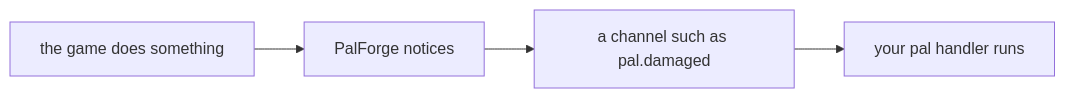
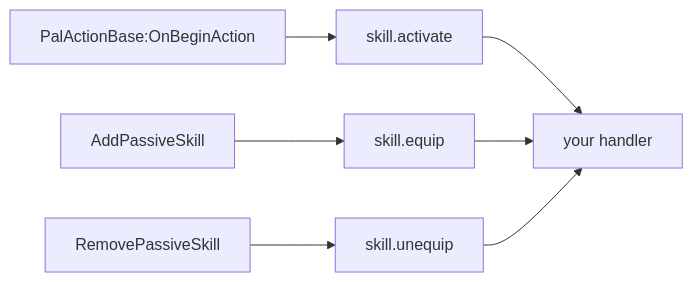
One commit to dr-mikan/PalForge changed the first of 4 diagrams in docs/content/docs/api/skill.mdx. Above: the diagram before and after it, drawn with Mermaid. The commit also changed other lines of this file and 190 other files, not shown here.

````diff
--- a/docs/content/docs/api/skill.mdx
+++ b/docs/content/docs/api/skill.mdx
@@ -42,6 +46,9 @@
 ```mermaid
 flowchart LR
-  A["the game does something"] --> B["PalForge notices"]
-  B --> C["a channel such as pal.damaged"]
-  C --> D["your pal handler runs"]
+  A["PalActionBase:OnBeginAction"] --> B["skill.activate"]
+  C["AddPassiveSkill"] --> D["skill.equip"]
+  E["RemovePassiveSkill"] --> F["skill.unequip"]
+  B --> G["your handler"]
+  D --> G
+  F --> G
 ```
````
